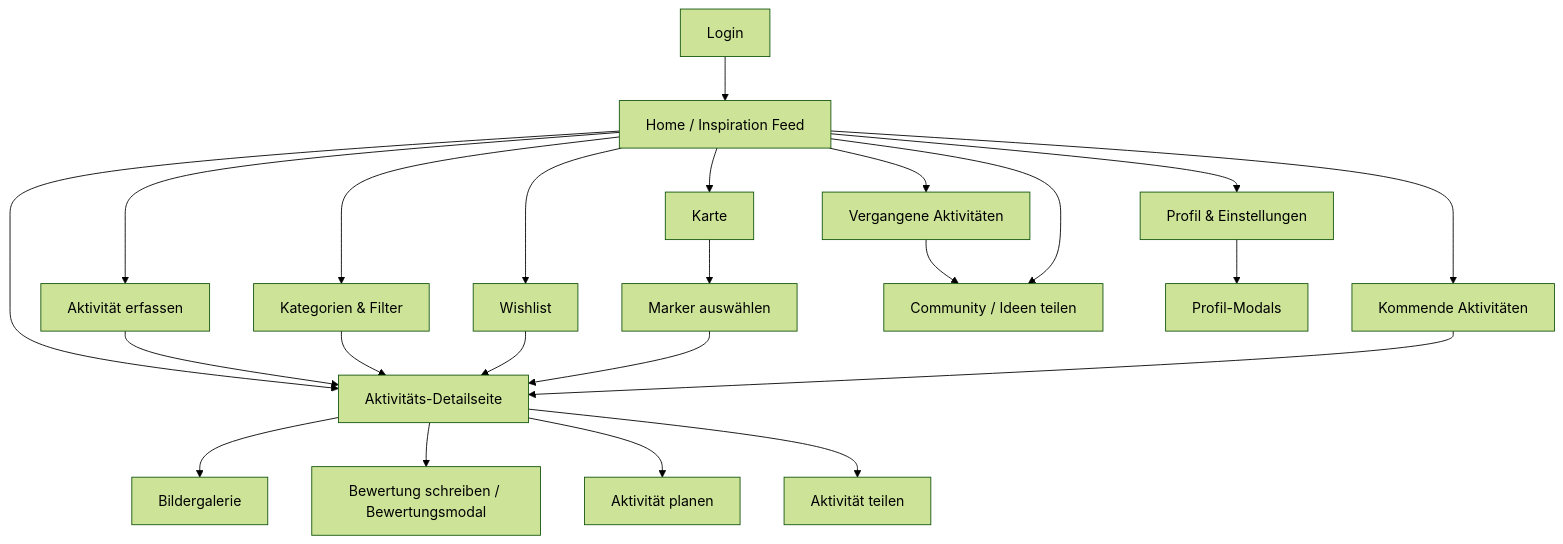
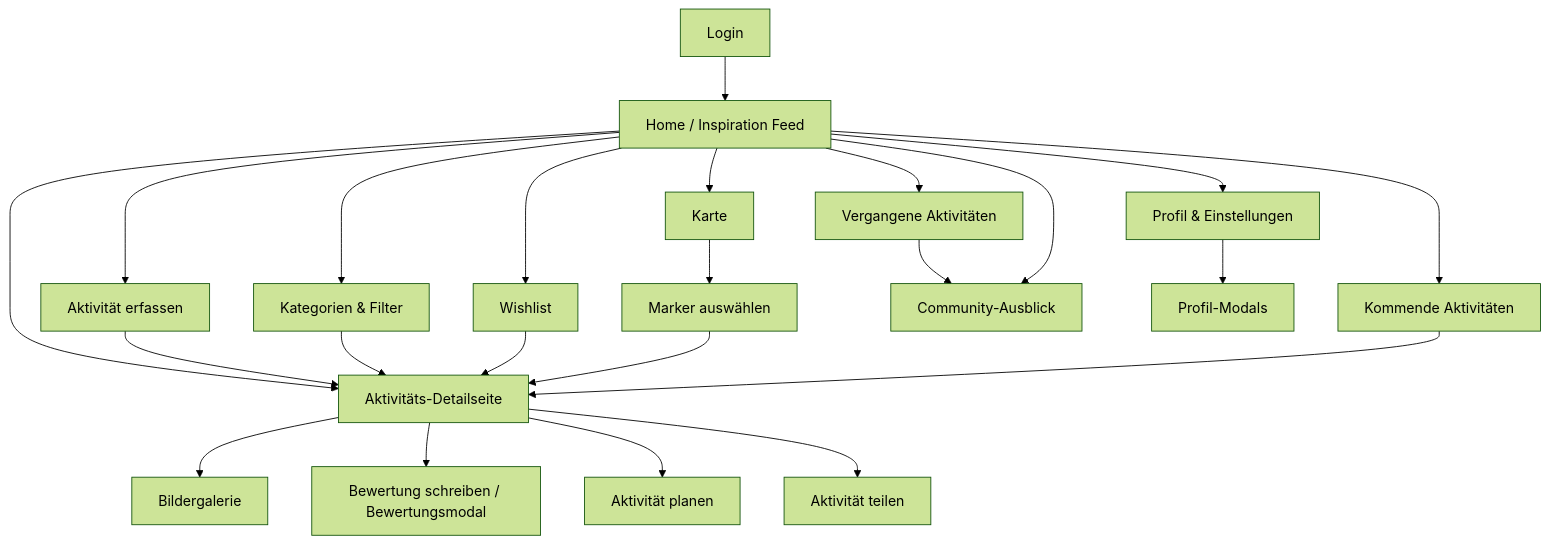
Before and after one commit to schjan06/Projekt_DatePlanner: the second of 3 diagrams in README.md, drawn with Mermaid (forest theme). The commit also changed other lines of this file and 9 other files, not shown here.

````diff
--- a/README.md
+++ b/README.md
@@ -263,43 +263,43 @@
 ```mermaid
 flowchart TD
     Login["Login"]
     Home["Home / Inspiration Feed"]
     NewActivity["Aktivität erfassen"]
     Detail["Aktivitäts-Detailseite"]
     Gallery["Bildergalerie"]
     Review["Bewertung schreiben / Bewertungsmodal"]
     Plan["Aktivität planen"]
     Share["Aktivität teilen"]
     Categories["Kategorien & Filter"]
     Wishlist["Wishlist"]
     Map["Karte"]
     Marker["Marker auswählen"]
     Upcoming["Kommende Aktivitäten"]
     History["Vergangene Aktivitäten"]
-    Community["Community / Ideen teilen"]
+    Community["Community-Ausblick"]
     Profile["Profil & Einstellungen"]
     ProfileModals["Profil-Modals"]
 
     Login --> Home
     Home --> Detail
     Home --> NewActivity
     NewActivity --> Detail
     Detail --> Gallery
     Detail --> Review
     Detail --> Plan
     Detail --> Share
     Home --> Categories
     Categories --> Detail
     Home --> Wishlist
     Wishlist --> Detail
     Home --> Map
     Map --> Marker
     Marker --> Detail
     Home --> Upcoming
     Upcoming --> Detail
     Home --> History
     History --> Community
     Home --> Community
     Home --> Profile
     Profile --> ProfileModals
 ```
````
